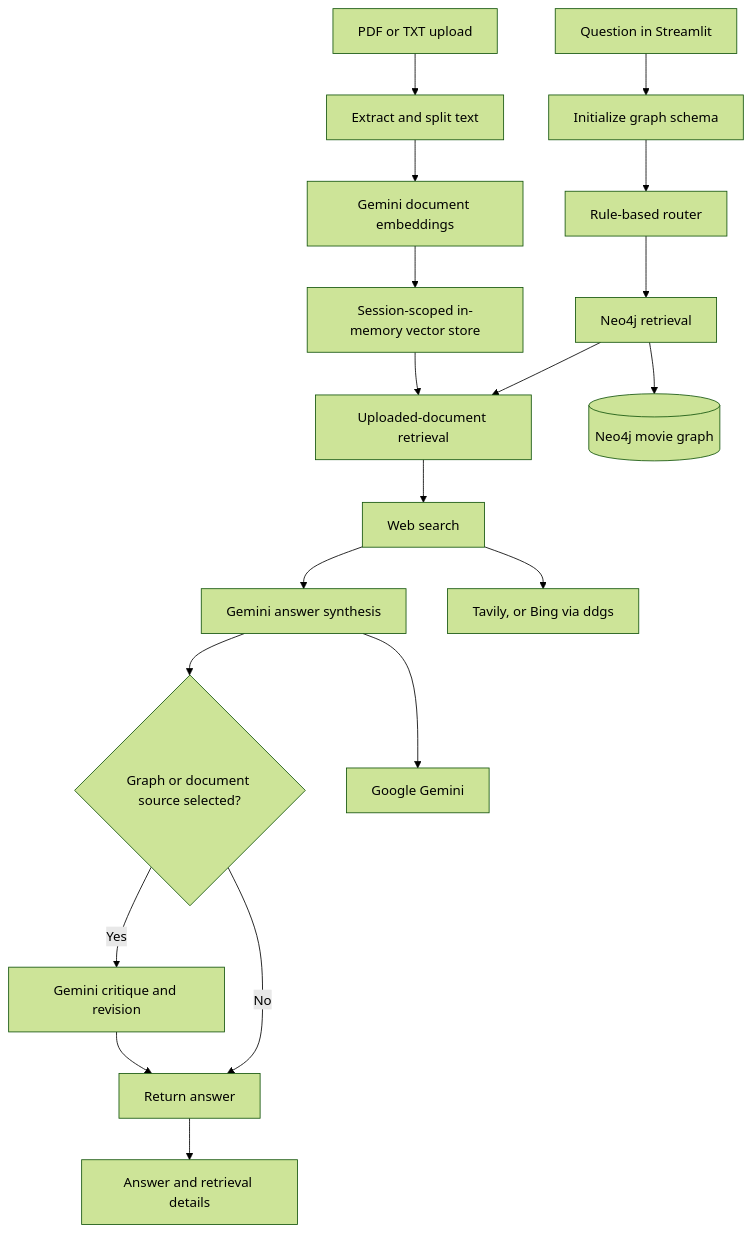
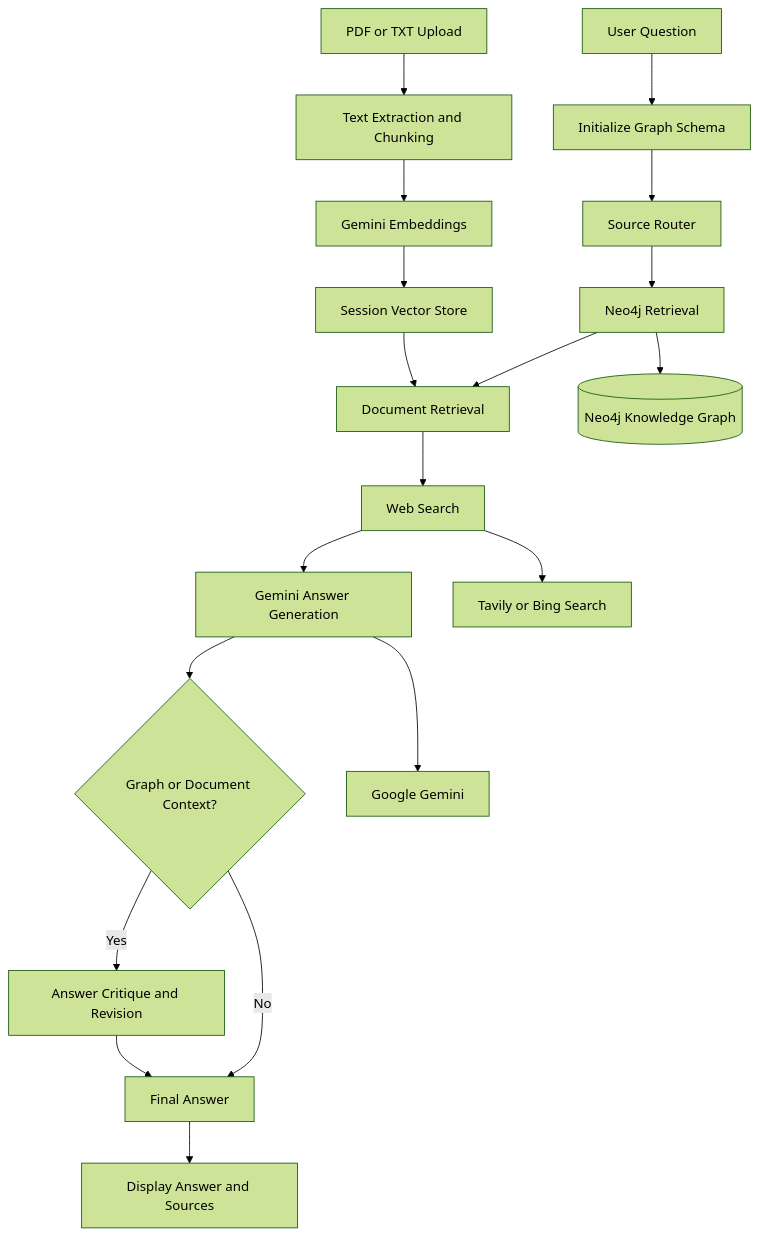
One commit to lidu16/agentic-movie-research changed the first of 2 diagrams in README.md. Above: the diagram before and after it, drawn with Mermaid (forest theme). The commit also changed other lines of this file, not shown here.

````diff
--- a/README.md
+++ b/README.md
@@ -22,23 +31,23 @@
 ```mermaid
 flowchart TD
-    U[Question in Streamlit] --> S[Initialize graph schema]
-    S --> R[Rule-based router]
-    R --> N[Neo4j retrieval]
-    N --> D[Uploaded-document retrieval]
-    D --> W[Web search]
-    W --> A[Gemini answer synthesis]
-    A --> V{Graph or document source selected?}
-    V -->|Yes| C[Gemini critique and revision]
-    V -->|No| E[Return answer]
+    U[User Question] --> S[Initialize Graph Schema]
+    S --> R[Source Router]
+    R --> N[Neo4j Retrieval]
+    N --> D[Document Retrieval]
+    D --> W[Web Search]
+    W --> A[Gemini Answer Generation]
+    A --> V{Graph or Document Context?}
+    V -->|Yes| C[Answer Critique and Revision]
+    V -->|No| E[Final Answer]
     C --> E
-    E --> UI[Answer and retrieval details]
+    E --> UI[Display Answer and Sources]
 
-    UP[PDF or TXT upload] --> X[Extract and split text]
-    X --> EM[Gemini document embeddings]
-    EM --> VS[Session-scoped in-memory vector store]
+    UP[PDF or TXT Upload] --> X[Text Extraction and Chunking]
+    X --> EM[Gemini Embeddings]
+    EM --> VS[Session Vector Store]
     VS --> D
 
-    N --> DB[(Neo4j movie graph)]
-    W --> WEB[Tavily, or Bing via ddgs]
+    N --> DB[(Neo4j Knowledge Graph)]
+    W --> WEB[Tavily or Bing Search]
     A --> GEM[Google Gemini]
 ```
````
